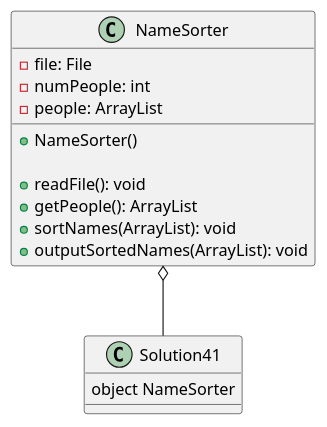
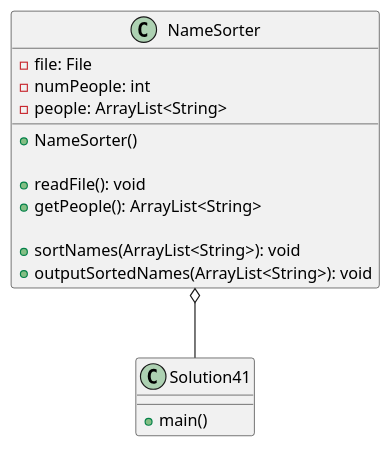
One commit to Zandroid505/Antifit-a04 changed the diagram in exercise41/docs/Classes.puml. Above: the diagram before and after it, drawn with PlantUML. The commit also changed 18 other files, not shown here.

Commit message:
Finished exercise 42 production code, uml, and passed test cases

```diff
--- a/exercise41/docs/Classes.puml
+++ b/exercise41/docs/Classes.puml
@@ -6,23 +6,26 @@
 @startuml
 'https://plantuml.com/sequence-diagram
+
 NameSorter o-- Solution41
 
-
 class Solution41 {
-    object NameSorter
+    + main()
+        'Creates NameSorter object and uses it to manage names
 }
 
 class NameSorter {
     - file: File
     - numPeople: int
-    - people: ArrayList
+    - people: ArrayList<String>
 
     + NameSorter()
+        'Initializes the amount of people to 0
 
     + readFile(): void
-    + getPeople(): ArrayList
-    + sortNames(ArrayList): void
-    + outputSortedNames(ArrayList): void
+    + getPeople(): ArrayList<String>
+
+    + sortNames(ArrayList<String>): void
+    + outputSortedNames(ArrayList<String>): void
 }
 
 @enduml
```
